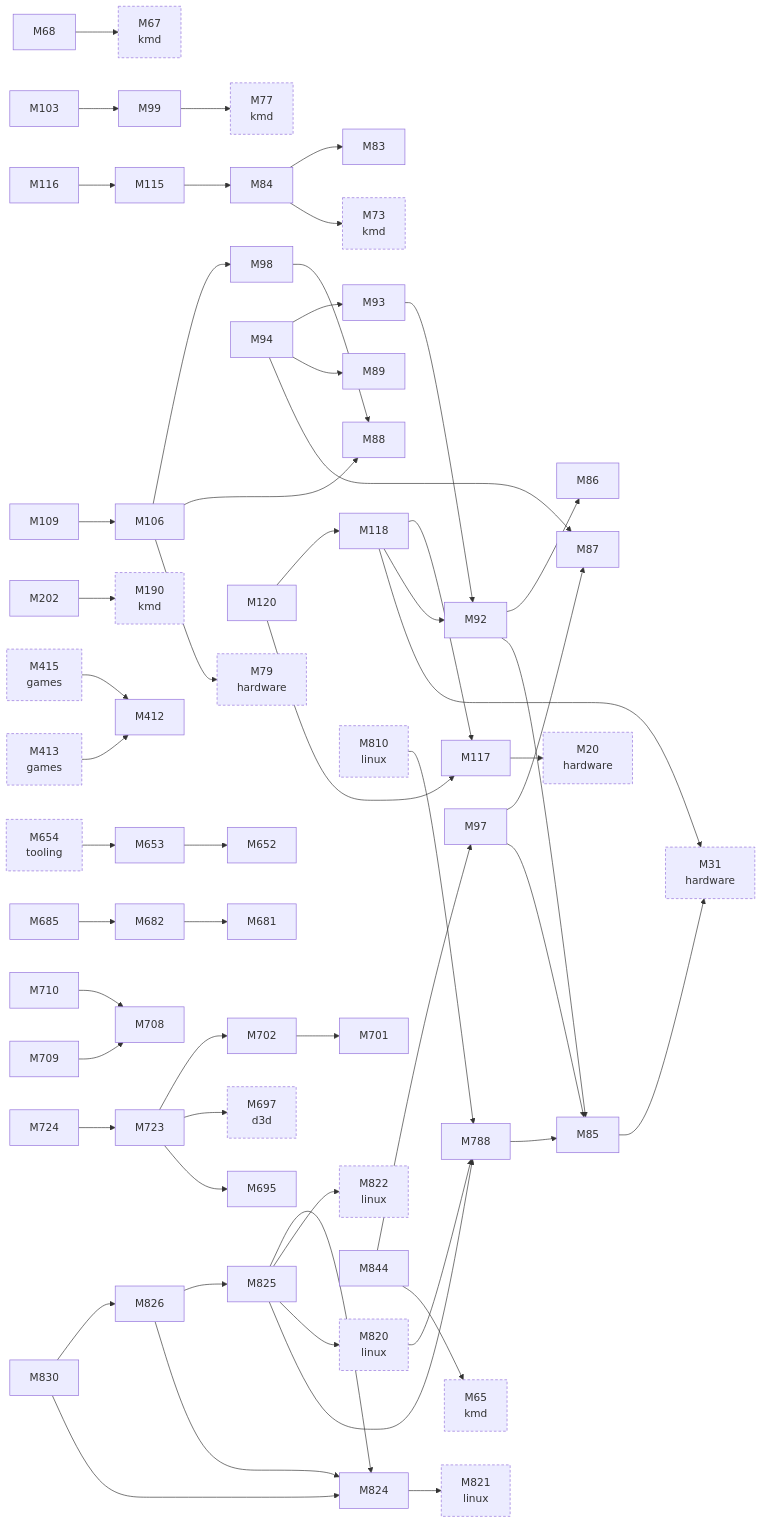
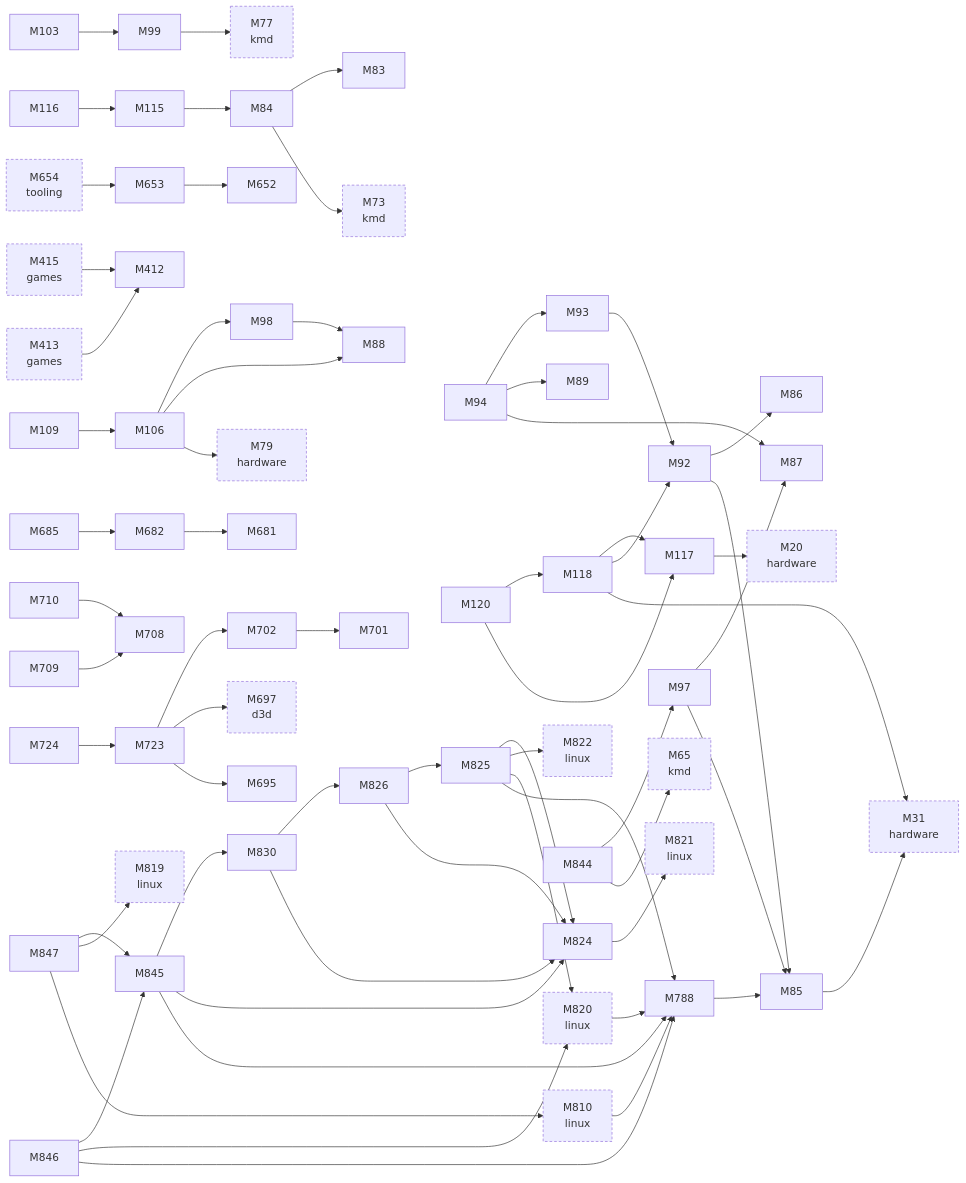
Before and after one commit to D-Ogi/amdgpu-wddm: the second of 3 diagrams in docs/facts/graphs/display.md, drawn with Mermaid. The commit also changed 21 other files, not shown here.

````diff
--- a/docs/facts/graphs/display.md
+++ b/docs/facts/graphs/display.md
@@ -39,8 +39,6 @@
   M20["M20<br/>hardware"]
   M31["M31<br/>hardware"]
   M65["M65<br/>kmd"]
-  M67["M67<br/>kmd"]
-  M68["M68"]
   M73["M73<br/>kmd"]
   M77["M77<br/>kmd"]
   M79["M79<br/>hardware"]
@@ -65,8 +63,6 @@
   M117["M117"]
   M118["M118"]
   M120["M120"]
-  M190["M190<br/>kmd"]
-  M202["M202"]
   M412["M412"]
   M413["M413<br/>games"]
   M415["M415<br/>games"]
@@ -87,6 +83,7 @@
   M724["M724"]
   M788["M788"]
   M810["M810<br/>linux"]
+  M819["M819<br/>linux"]
   M820["M820<br/>linux"]
   M821["M821<br/>linux"]
   M822["M822<br/>linux"]
@@ -95,7 +92,9 @@
   M826["M826"]
   M830["M830"]
   M844["M844"]
-  M68 --> M67
+  M845["M845"]
+  M846["M846"]
+  M847["M847"]
   M84 --> M73
   M84 --> M83
   M85 --> M31
@@ -122,7 +121,6 @@
   M118 --> M117
   M120 --> M117
   M120 --> M118
-  M202 --> M190
   M653 --> M652
   M682 --> M681
   M685 --> M682
@@ -145,11 +143,20 @@
   M830 --> M826
   M844 --> M65
   M844 --> M97
+  M845 --> M788
+  M845 --> M824
+  M845 --> M830
+  M846 --> M788
+  M846 --> M820
+  M846 --> M845
+  M847 --> M810
+  M847 --> M819
+  M847 --> M845
   M413 --> M412
   M415 --> M412
   M810 --> M788
   M820 --> M788
   M654 --> M653
   classDef other stroke-dasharray:4 3
-  class M20,M31,M65,M67,M73,M77,M79,M190,M413,M415,M654,M697,M810,M820,M821,M822 other
+  class M20,M31,M65,M73,M77,M79,M413,M415,M654,M697,M810,M819,M820,M821,M822 other
 ```
````
